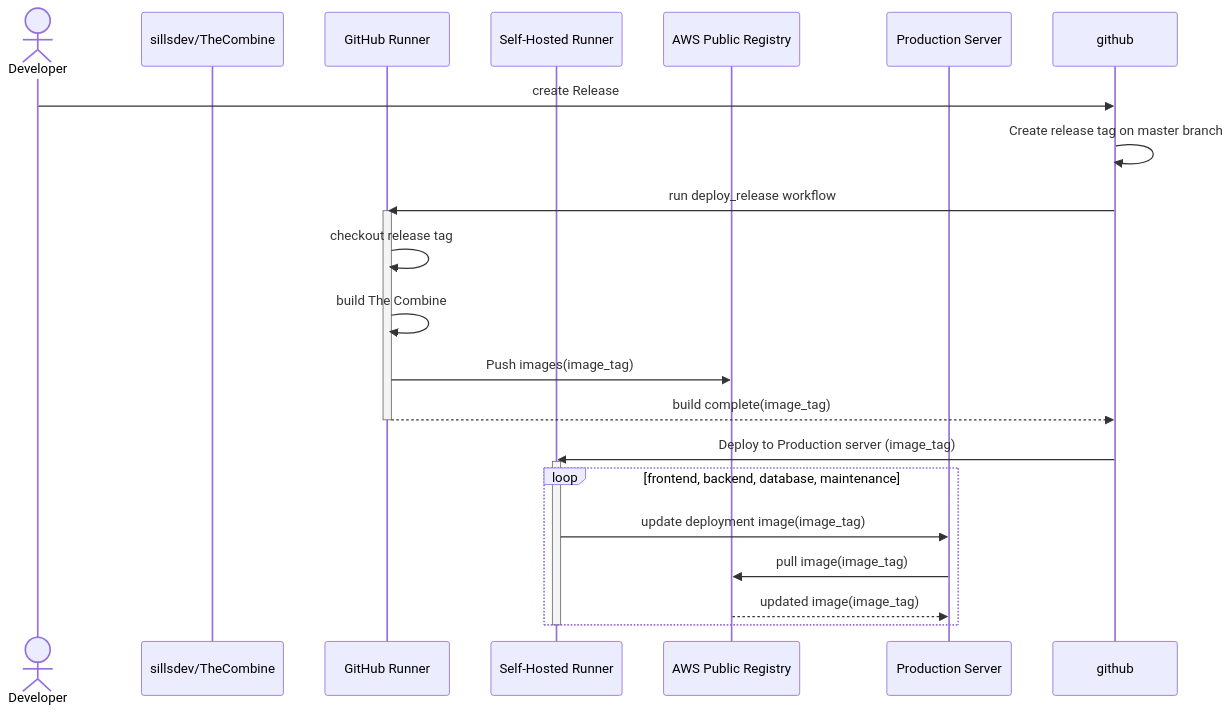
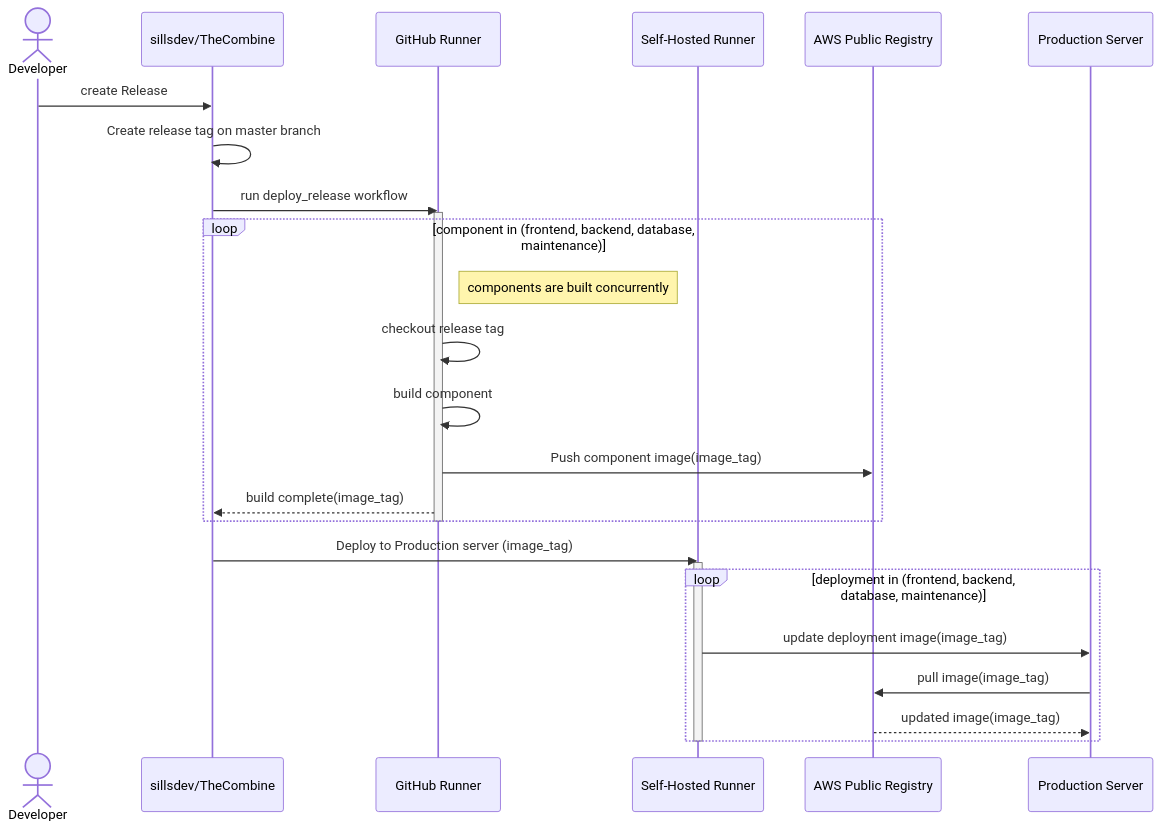
One commit to sillsdev/TheCombine changed the second of 2 diagrams in README.md. Above: the diagram before and after it, drawn with Mermaid. The commit also changed other lines of this file, not shown here.

Commit message:
Clarify loop variable in CI/CD diagrams

````diff
--- a/README.md
+++ b/README.md
@@ -1017,26 +1020,29 @@
 ```mermaid
 sequenceDiagram
    actor Developer
-   participant githug as sillsdev/TheCombine
+   participant github as sillsdev/TheCombine
    participant gh_runner as GitHub Runner
    participant sh_runner as Self-Hosted Runner
    participant reg as AWS Public Registry
    participant server as Production Server
    Developer ->> github: create Release
    github ->> github: Create release tag on master branch
    github ->> gh_runner: run deploy_release workflow
    activate gh_runner
-   gh_runner ->> gh_runner: checkout release tag
-   gh_runner ->> gh_runner: build The Combine
-   gh_runner ->> reg: Push images(image_tag)
-   gh_runner -->> github: build complete(image_tag)
+   loop component in (frontend, backend, database, maintenance)
+      Note right of gh_runner: components are built concurrently
+      gh_runner ->> gh_runner: checkout release tag
+      gh_runner ->> gh_runner: build component
+      gh_runner ->> reg: Push component image(image_tag)
+      gh_runner -->> github: build complete(image_tag)
+   end
    deactivate gh_runner
    github ->> sh_runner: Deploy to Production server (image_tag)
    activate sh_runner
-   loop frontend, backend, database, maintenance
+   loop deployment in (frontend, backend, database, maintenance)
       sh_runner ->> server: update deployment image(image_tag)
       server ->> reg: pull image(image_tag)
       reg -->> server: updated image(image_tag)
    end
    deactivate sh_runner
 ```
````
